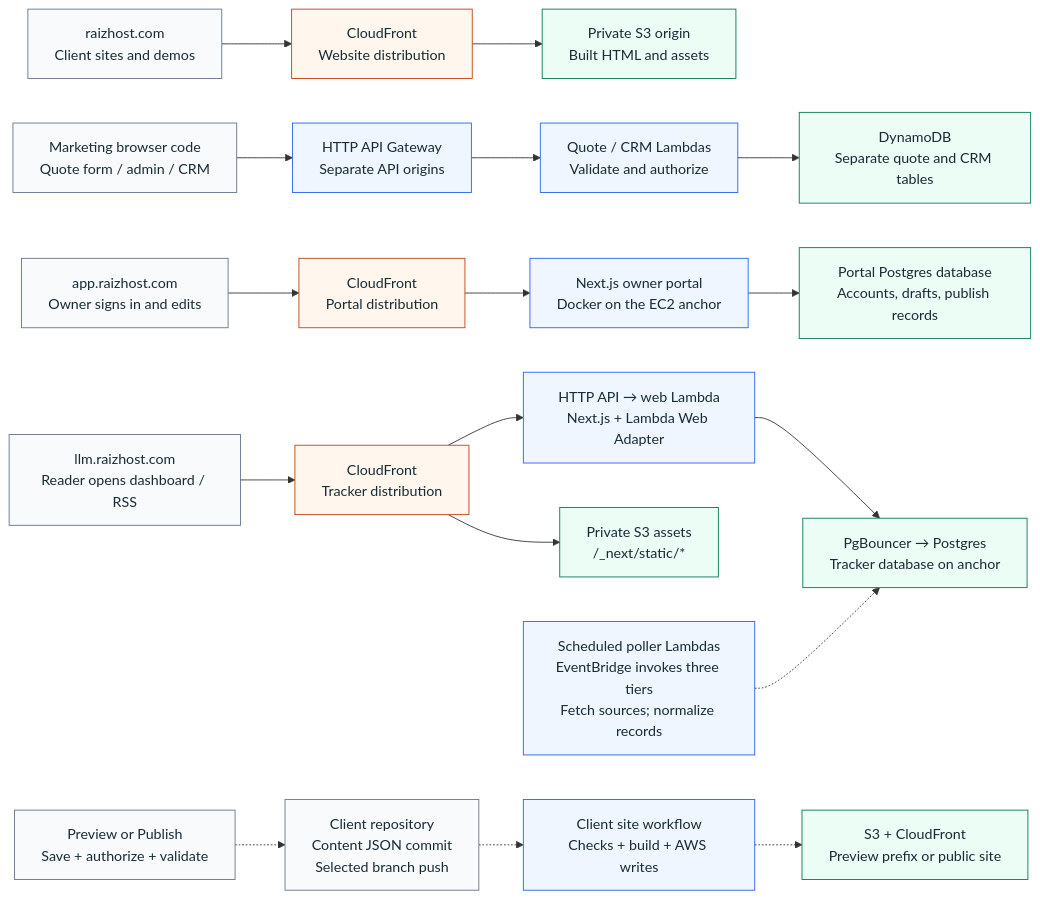
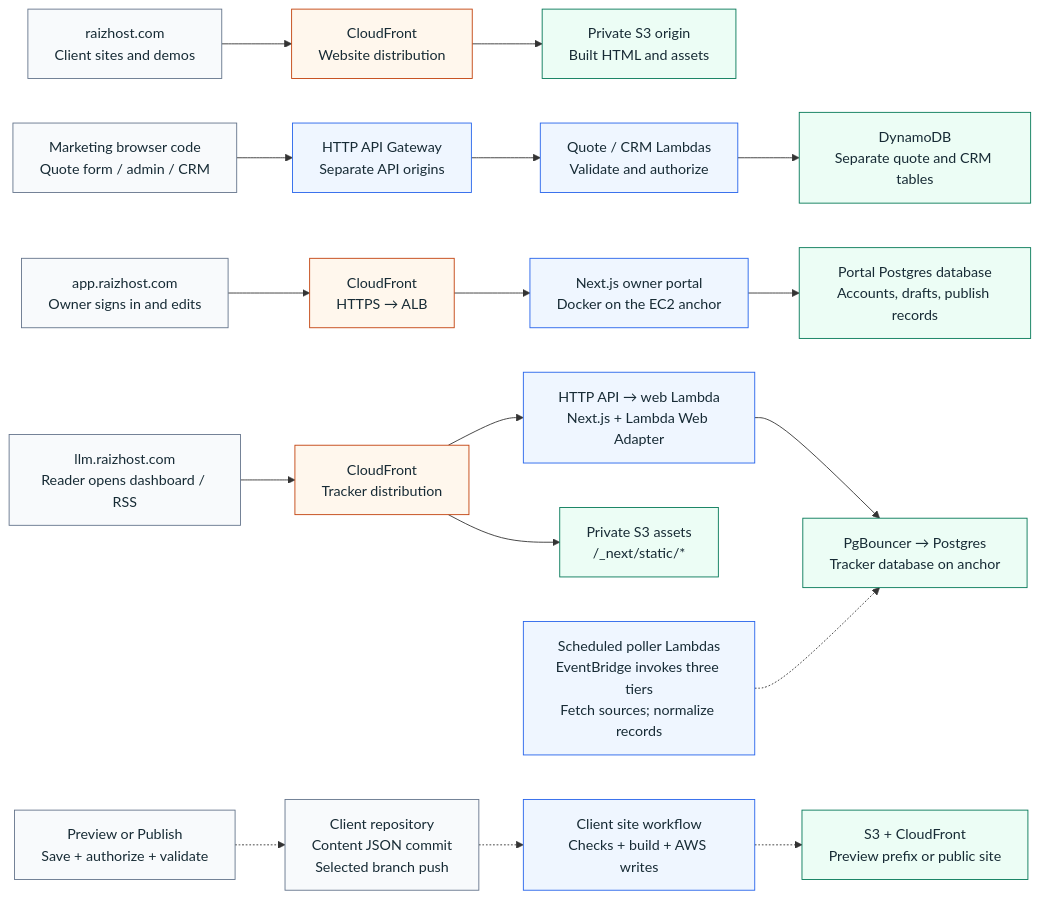
The diagram in diagrams/architecture.mmd (JadenRazo/raizhost-architecture), drawn with Mermaid before and after one commit. The commit also changed 37 other files, not shown here.

Commit message:
docs: reconcile architecture diagrams with live serving paths

```diff
--- a/diagrams/architecture.mmd
+++ b/diagrams/architecture.mmd
@@ -1,44 +1,44 @@
 %% Generated by overview.py; edit its shared nodes and edges.
 %% Cloudflare supplies DNS answers; HTTPS goes directly to CloudFront.
 flowchart LR
   classDef source fill:#f8fafc,stroke:#64748b,color:#172b35
   classDef edge fill:#fff7ed,stroke:#c2410c,color:#172b35
   classDef runtime fill:#eff6ff,stroke:#2563eb,color:#172b35
   classDef data fill:#ecfdf5,stroke:#047857,color:#172b35
   sites["raizhost.com<br/>Client sites and demos"]:::source
   site_cf["CloudFront<br/>Website distribution"]:::edge
   site_s3["Private S3 origin<br/>Built HTML and assets"]:::data
   forms["Marketing browser code<br/>Quote form / admin / CRM"]:::source
   quote_api["HTTP API Gateway<br/>Separate API origins"]:::runtime
   quote_fn["Quote / CRM Lambdas<br/>Validate and authorize"]:::runtime
   ddb["DynamoDB<br/>Separate quote and CRM tables"]:::data
   owner["app.raizhost.com<br/>Owner signs in and edits"]:::source
-  app_cf["CloudFront<br/>Portal distribution"]:::edge
+  app_cf["CloudFront<br/>HTTPS → ALB"]:::edge
   portal["Next.js owner portal<br/>Docker on the EC2 anchor"]:::runtime
   editor_db["Portal Postgres database<br/>Accounts, drafts, publish records"]:::data
   reader["llm.raizhost.com<br/>Reader opens dashboard / RSS"]:::source
   llm_cf["CloudFront<br/>Tracker distribution"]:::edge
   web["HTTP API → web Lambda<br/>Next.js + Lambda Web Adapter"]:::runtime
   tracker_db["PgBouncer → Postgres<br/>Tracker database on anchor"]:::data
   bundles["Private S3 assets<br/>/_next/static/*"]:::data
   pollers["Scheduled poller Lambdas<br/>EventBridge invokes three tiers<br/>Fetch sources; normalize records"]:::runtime
   publish["Preview or Publish<br/>Save + authorize + validate"]:::source
   repo["Client repository<br/>Content JSON commit<br/>Selected branch push"]:::source
   build["Client site workflow<br/>Checks + build + AWS writes"]:::runtime
   output["S3 + CloudFront<br/>Preview prefix or public site"]:::data
   sites --> site_cf
   site_cf --> site_s3
   forms --> quote_api
   quote_api --> quote_fn
   quote_fn --> ddb
   owner --> app_cf
   app_cf --> portal
   portal --> editor_db
   reader --> llm_cf
   llm_cf --> web
   web --> tracker_db
   publish -.-> repo
   repo -.-> build
   build -.-> output
   llm_cf --> bundles
   pollers -.-> tracker_db
```
